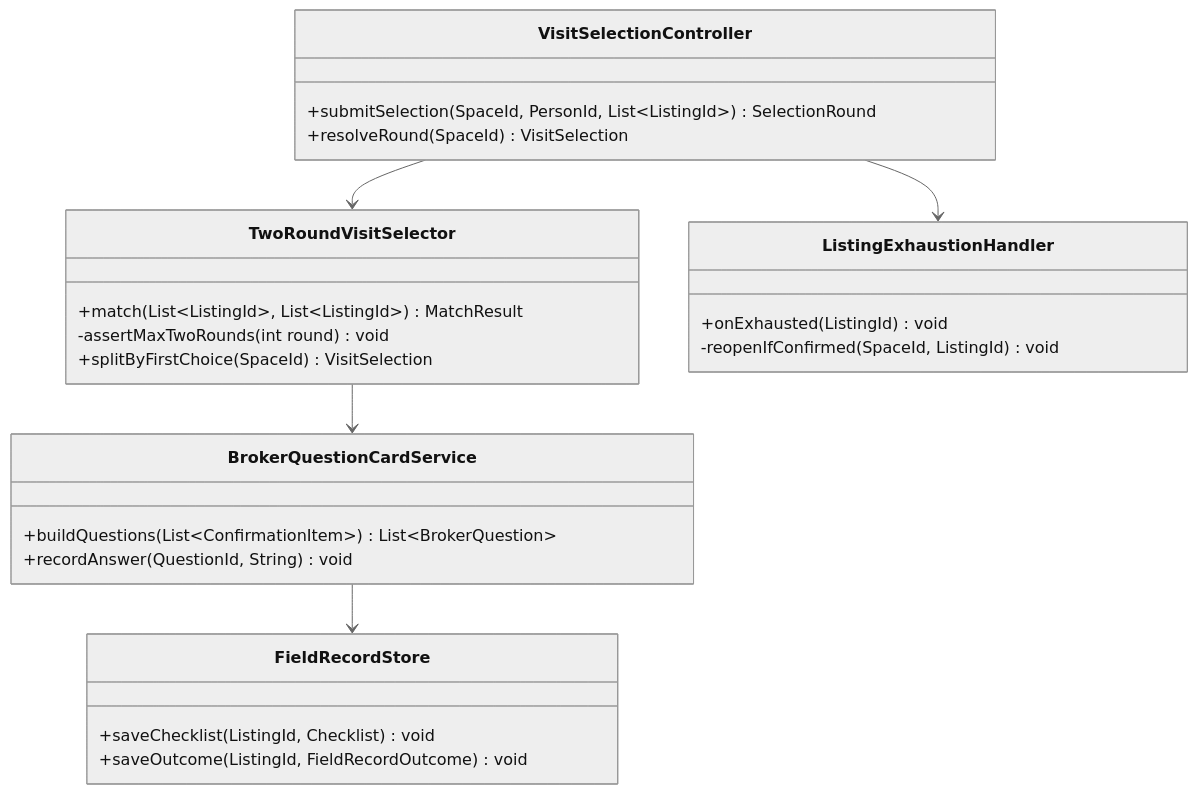
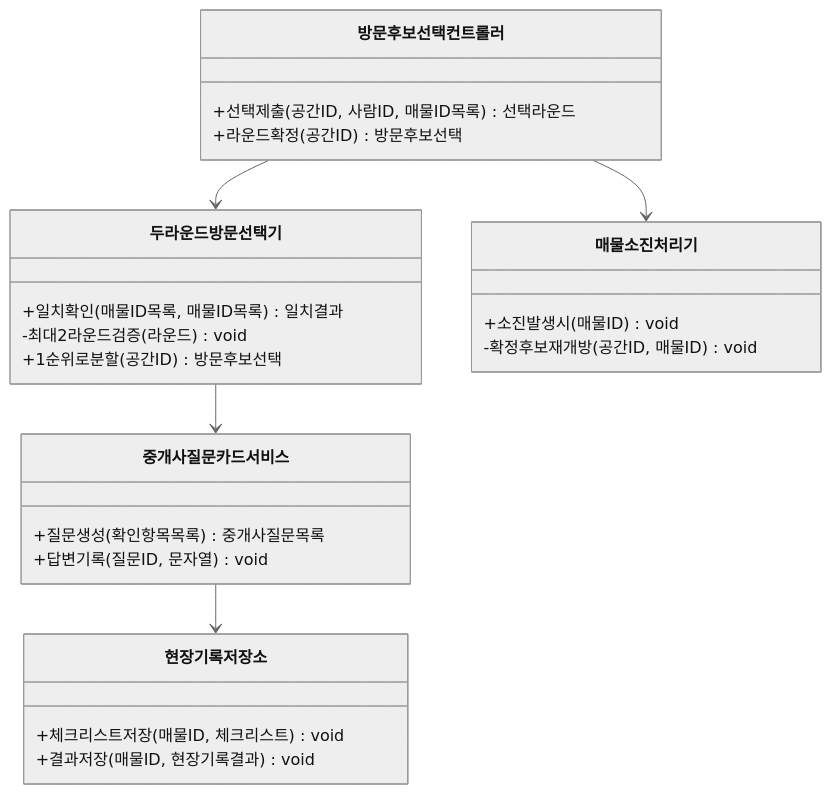
One commit to soobworks/SRS_project changed diagram 13 of 23 in SRS_project/같이보기-technical-design-v1_0.md. Above: the diagram before and after it, drawn with Mermaid (neutral theme). The commit also changed other lines of this file, not shown here.

First line of the commit message:
Translate class/sequence diagram identifiers in TDD §4-5 to Korean

````diff
--- a/SRS_project/같이보기-technical-design-v1_0.md
+++ b/SRS_project/같이보기-technical-design-v1_0.md
@@ -609,29 +609,29 @@
 ```mermaid
 classDiagram
-    class VisitSelectionController {
-        +submitSelection(SpaceId, PersonId, List~ListingId~) SelectionRound
-        +resolveRound(SpaceId) VisitSelection
+    class 방문후보선택컨트롤러 {
+        +선택제출(공간ID, 사람ID, 매물ID목록) 선택라운드
+        +라운드확정(공간ID) 방문후보선택
     }
-    class TwoRoundVisitSelector {
-        +match(List~ListingId~, List~ListingId~) MatchResult
-        -assertMaxTwoRounds(int round) void
-        +splitByFirstChoice(SpaceId) VisitSelection
+    class 두라운드방문선택기 {
+        +일치확인(매물ID목록, 매물ID목록) 일치결과
+        -최대2라운드검증(라운드) void
+        +1순위로분할(공간ID) 방문후보선택
     }
-    class ListingExhaustionHandler {
-        +onExhausted(ListingId) void
-        -reopenIfConfirmed(SpaceId, ListingId) void
+    class 매물소진처리기 {
+        +소진발생시(매물ID) void
+        -확정후보재개방(공간ID, 매물ID) void
     }
-    class BrokerQuestionCardService {
-        +buildQuestions(List~ConfirmationItem~) List~BrokerQuestion~
-        +recordAnswer(QuestionId, String) void
+    class 중개사질문카드서비스 {
+        +질문생성(확인항목목록) 중개사질문목록
+        +답변기록(질문ID, 문자열) void
     }
-    class FieldRecordStore {
-        +saveChecklist(ListingId, Checklist) void
-        +saveOutcome(ListingId, FieldRecordOutcome) void
+    class 현장기록저장소 {
+        +체크리스트저장(매물ID, 체크리스트) void
+        +결과저장(매물ID, 현장기록결과) void
     }
 
-    VisitSelectionController --> TwoRoundVisitSelector
-    VisitSelectionController --> ListingExhaustionHandler
-    TwoRoundVisitSelector --> BrokerQuestionCardService
-    BrokerQuestionCardService --> FieldRecordStore
+    방문후보선택컨트롤러 --> 두라운드방문선택기
+    방문후보선택컨트롤러 --> 매물소진처리기
+    두라운드방문선택기 --> 중개사질문카드서비스
+    중개사질문카드서비스 --> 현장기록저장소
 ```
````
